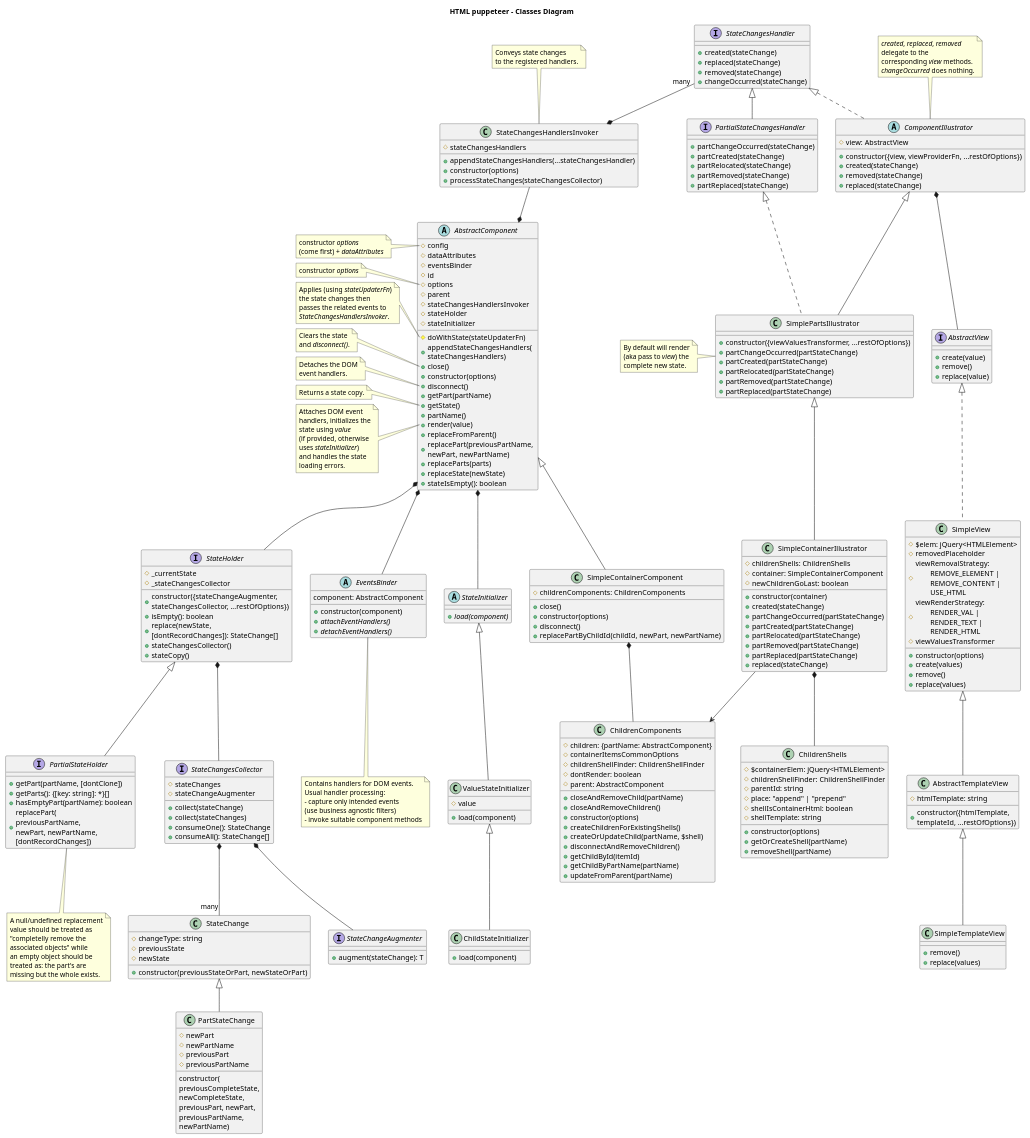
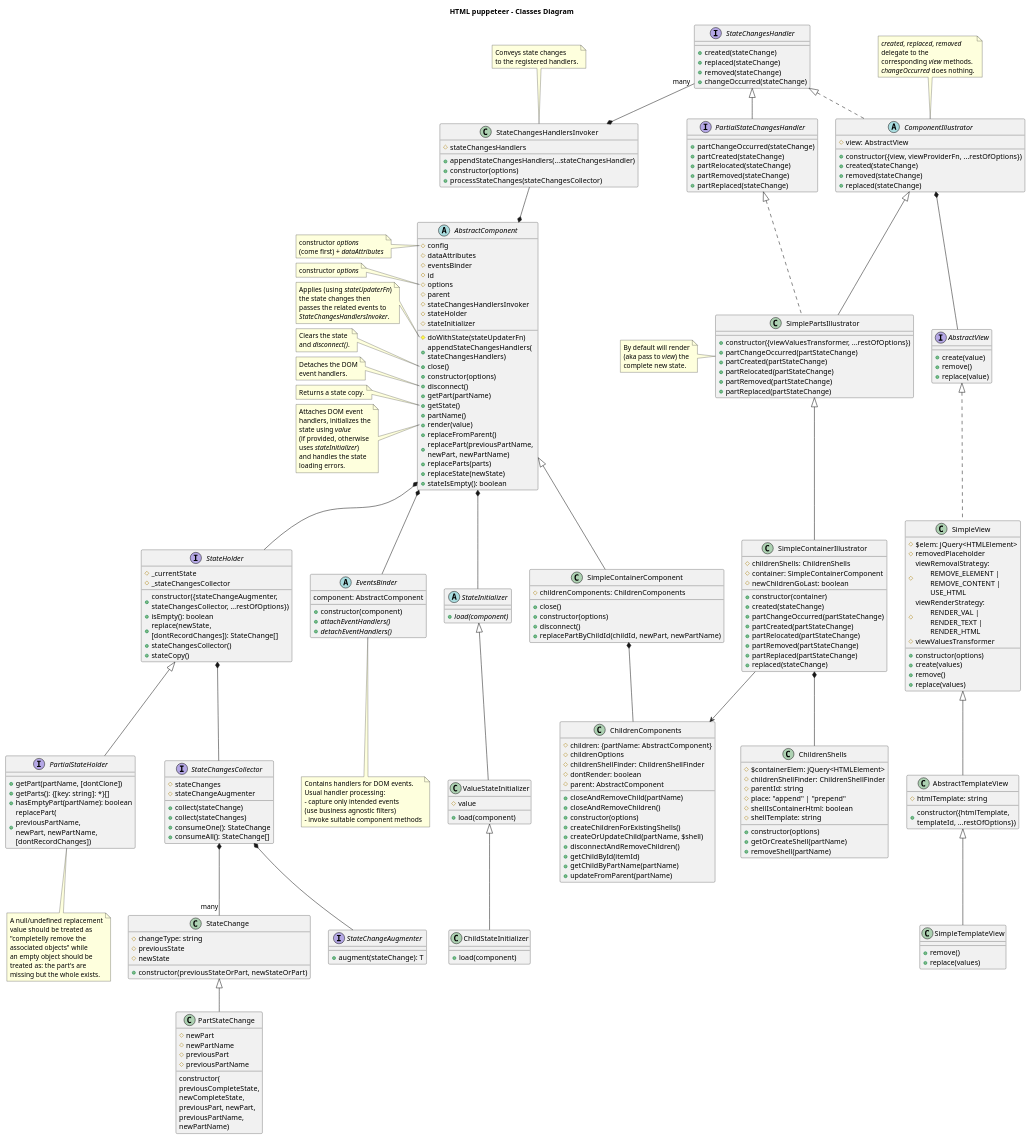
Before and after one commit to adrhc/html-puppeteer: the diagram in design/classes-diagram-v1.puml, drawn with PlantUML. The commit also changed 4 other files, not shown here.

Commit message:
containerItemsCommonOptions -> childrenOptions

```diff
--- a/design/classes-diagram-v1.puml
+++ b/design/classes-diagram-v1.puml
@@ -145,7 +145,7 @@
 
 class ChildrenComponents {
 #children: {partName: AbstractComponent}
-#containerItemsCommonOptions
+#childrenOptions
 #childrenShellFinder: ChildrenShellFinder
 #dontRender: boolean
 #parent: AbstractComponent
```
